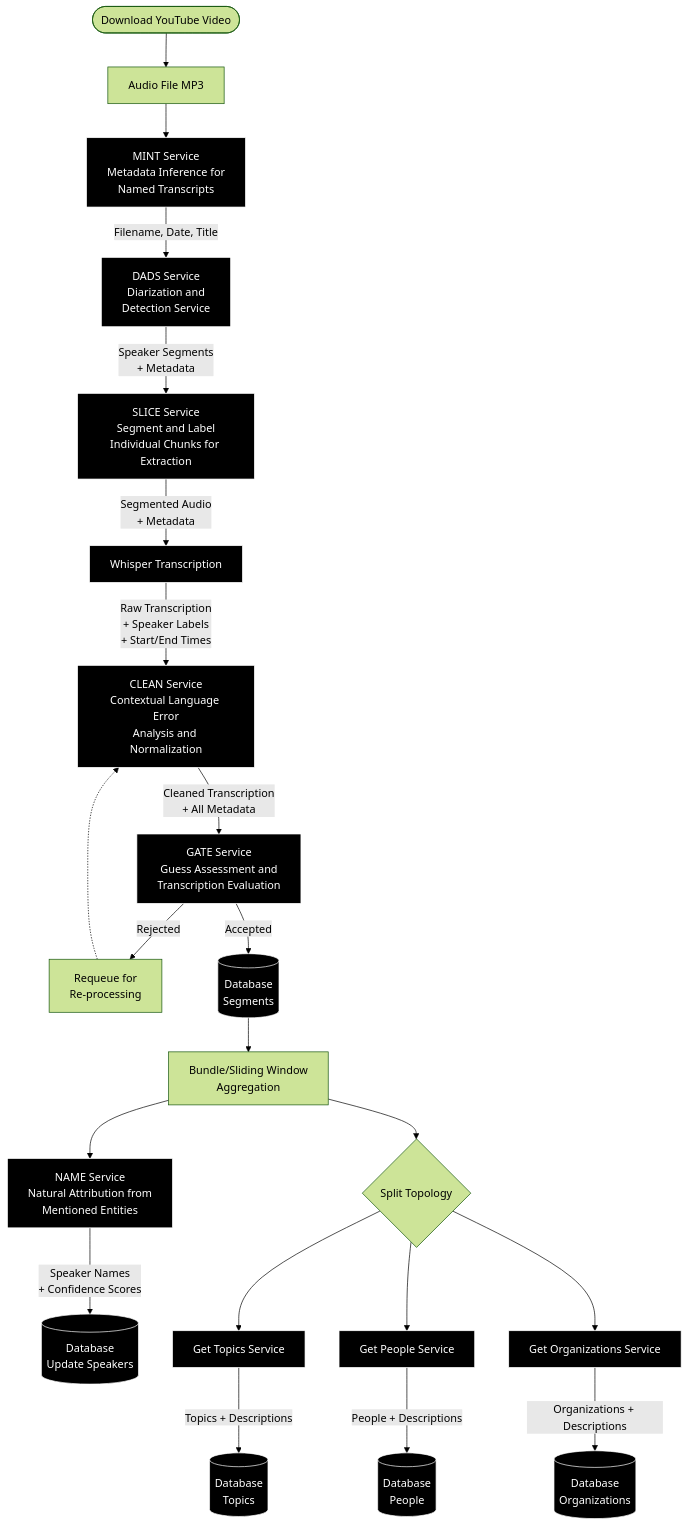
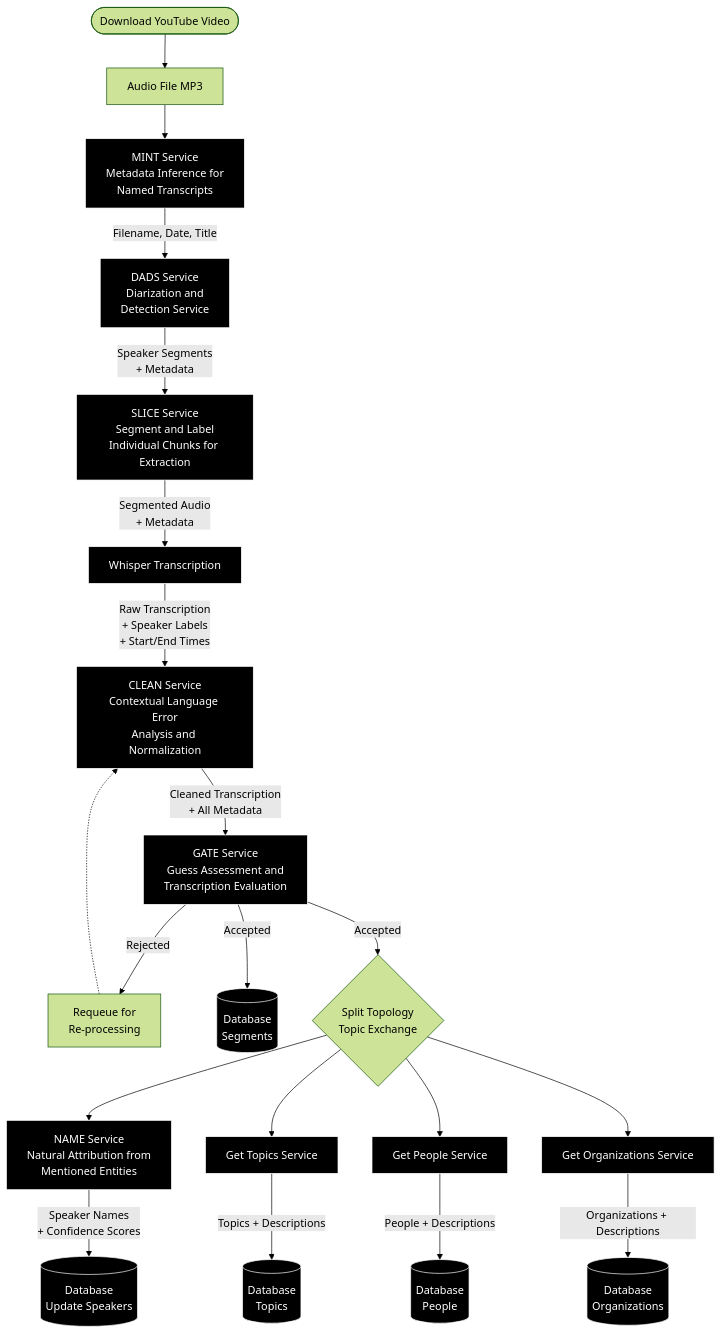
One commit to danieltmiles/power_mapper changed the diagram in README.md. Above: the diagram before and after it, drawn with Mermaid (forest theme).

Commit message:
updating diagram to reflect changes to messaging topology

````diff
--- a/README.md
+++ b/README.md
@@ -7,51 +7,46 @@
 ```mermaid
 flowchart TD
     Start([Download YouTube Video]) --> Audio[Audio File MP3]
     
     Audio --> MINT[MINT Service<br/>Metadata Inference for<br/>Named Transcripts]
     MINT --> |Filename, Date, Title| DADS[DADS Service<br/>Diarization and<br/>Detection Service]
     
     DADS --> |Speaker Segments<br/>+ Metadata| SLICE[SLICE Service<br/>Segment and Label<br/>Individual Chunks for Extraction]
     SLICE --> |Segmented Audio<br/>+ Metadata| Whisper[Whisper Transcription]
     
     Whisper --> |Raw Transcription<br/>+ Speaker Labels<br/>+ Start/End Times| CLEAN[CLEAN Service<br/>Contextual Language Error<br/>Analysis and Normalization]
     
     CLEAN --> |Cleaned Transcription<br/>+ All Metadata| GATE[GATE Service<br/>Guess Assessment and<br/>Transcription Evaluation]
     
     GATE --> |Rejected| Queue1[Requeue for<br/>Re-processing]
     GATE --> |Accepted| DB1[(Database<br/>Segments)]
+    GATE --> |Accepted| GateSplit{Split Topology<br/>Topic Exchange}
     
-    DB1 --> Bundle[Bundle/Sliding Window<br/>Aggregation]
-    
-    Bundle --> NAME[NAME Service<br/>Natural Attribution from<br/>Mentioned Entities]
-    
+    GateSplit --> NAME[NAME Service<br/>Natural Attribution from<br/>Mentioned Entities]
     NAME --> |Speaker Names<br/>+ Confidence Scores| DB2[(Database<br/>Update Speakers)]
-    
-    Bundle --> Split{Split Topology}
-    
-    Split --> Topics[Get Topics Service]
-    Split --> People[Get People Service]
-    Split --> Orgs[Get Organizations Service]
+    GateSplit --> Topics[Get Topics Service]
+    GateSplit --> People[Get People Service]
+    GateSplit --> Orgs[Get Organizations Service]
     
     Topics --> |Topics + Descriptions| DB3[(Database<br/>Topics)]
     People --> |People + Descriptions| DB4[(Database<br/>People)]
     Orgs --> |Organizations + Descriptions| DB5[(Database<br/>Organizations)]
     
     Queue1 -.-> CLEAN
     
     style MINT fill:#000,stroke:#fff,color:#fff
     style DADS fill:#000,stroke:#fff,color:#fff
     style SLICE fill:#000,stroke:#fff,color:#fff
     style Whisper fill:#000,stroke:#fff,color:#fff
     style CLEAN fill:#000,stroke:#fff,color:#fff
     style GATE fill:#000,stroke:#fff,color:#fff
     style NAME fill:#000,stroke:#fff,color:#fff
     style Topics fill:#000,stroke:#fff,color:#fff
     style People fill:#000,stroke:#fff,color:#fff
     style Orgs fill:#000,stroke:#fff,color:#fff
     style DB1 fill:#000,stroke:#fff,color:#fff
     style DB2 fill:#000,stroke:#fff,color:#fff
     style DB3 fill:#000,stroke:#fff,color:#fff
     style DB4 fill:#000,stroke:#fff,color:#fff
     style DB5 fill:#000,stroke:#fff,color:#fff
 ```
````
